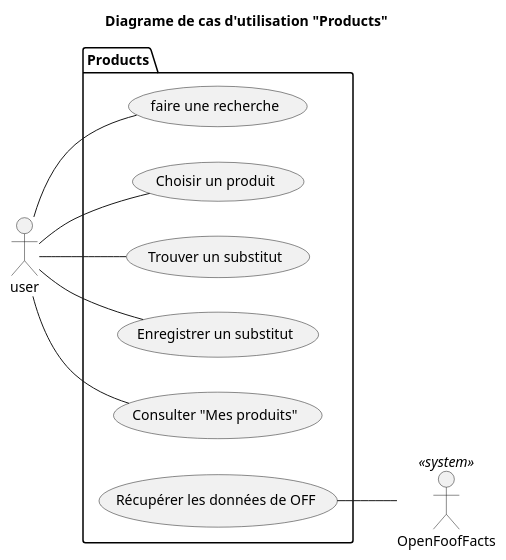
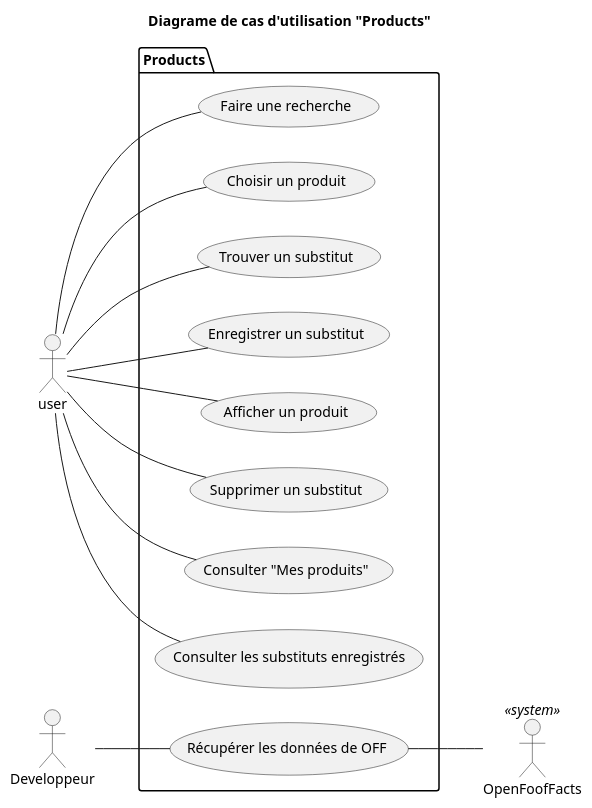
The diagram in doc/uml/02_uc_products.puml (Zepmanbc/oc_dapython_pr8), drawn with PlantUML before and after one commit. The commit also changed 33 other files, not shown here.

```diff
--- a/doc/uml/02_uc_products.puml
+++ b/doc/uml/02_uc_products.puml
@@ -1,25 +1,33 @@
 @startuml 02_uc_products
 title Diagrame de cas d'utilisation "Products"
 
 package Products{
     left to right direction
-    (faire une recherche) as SEARCH
+    (Faire une recherche) as SEARCH
     (Choisir un produit) as SELECT_PRODUCT
     (Trouver un substitut) as FIND_SUBST
     (Enregistrer un substitut) AS SET_SUBST
+    (Afficher un produit) AS SHOW_PRODUCT
+    (Supprimer un substitut) AS DEL_SUBST
     (Consulter "Mes produits") as SHOW_FAV
+    (Consulter les substituts enregistrés) as SHOW_SUBST
     (Récupérer les données de OFF) as SNIFFER
 
 }
 
 actor user
 actor OpenFoofFacts <<system>>
+actor Developpeur
 
 user -- SEARCH
 user -- SELECT_PRODUCT
 user -- FIND_SUBST
+user -- SHOW_PRODUCT
 user -- SET_SUBST
+user -- DEL_SUBST
 user -- SHOW_FAV
+user -- SHOW_SUBST
 SNIFFER -- OpenFoofFacts
+Developpeur -- SNIFFER
 
 @enduml
```
